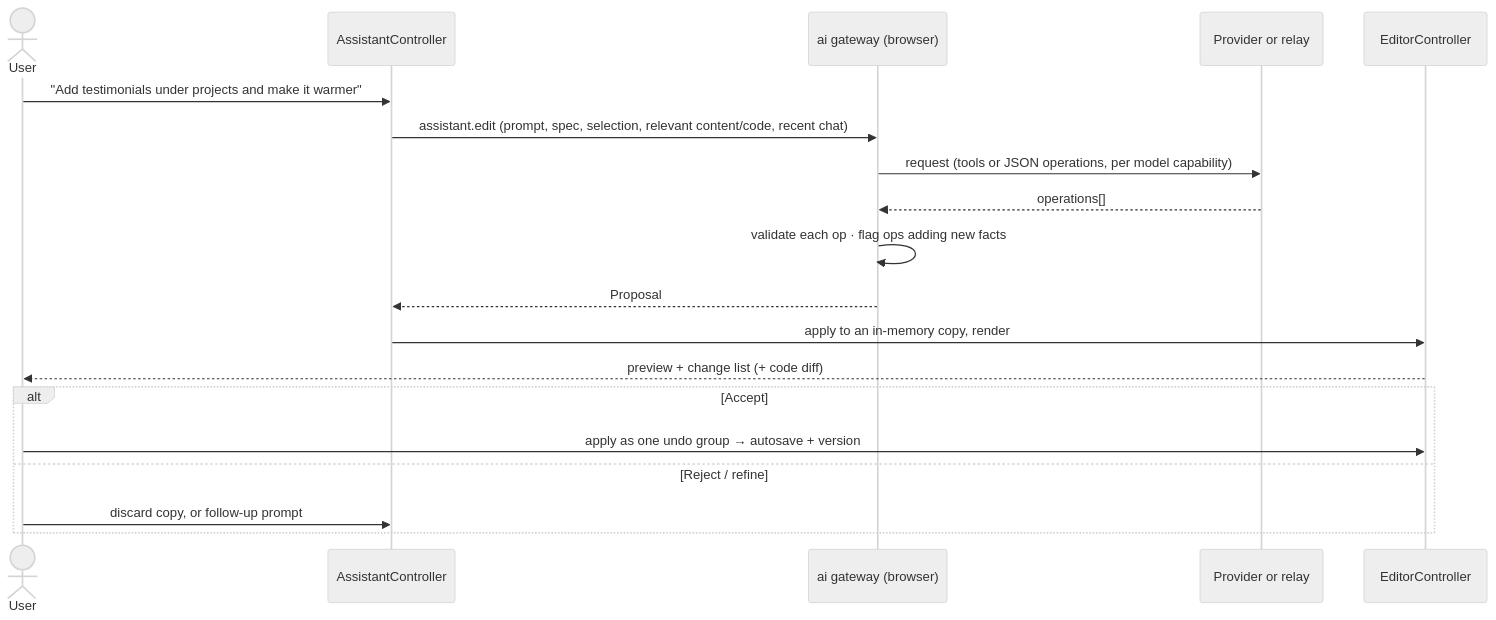
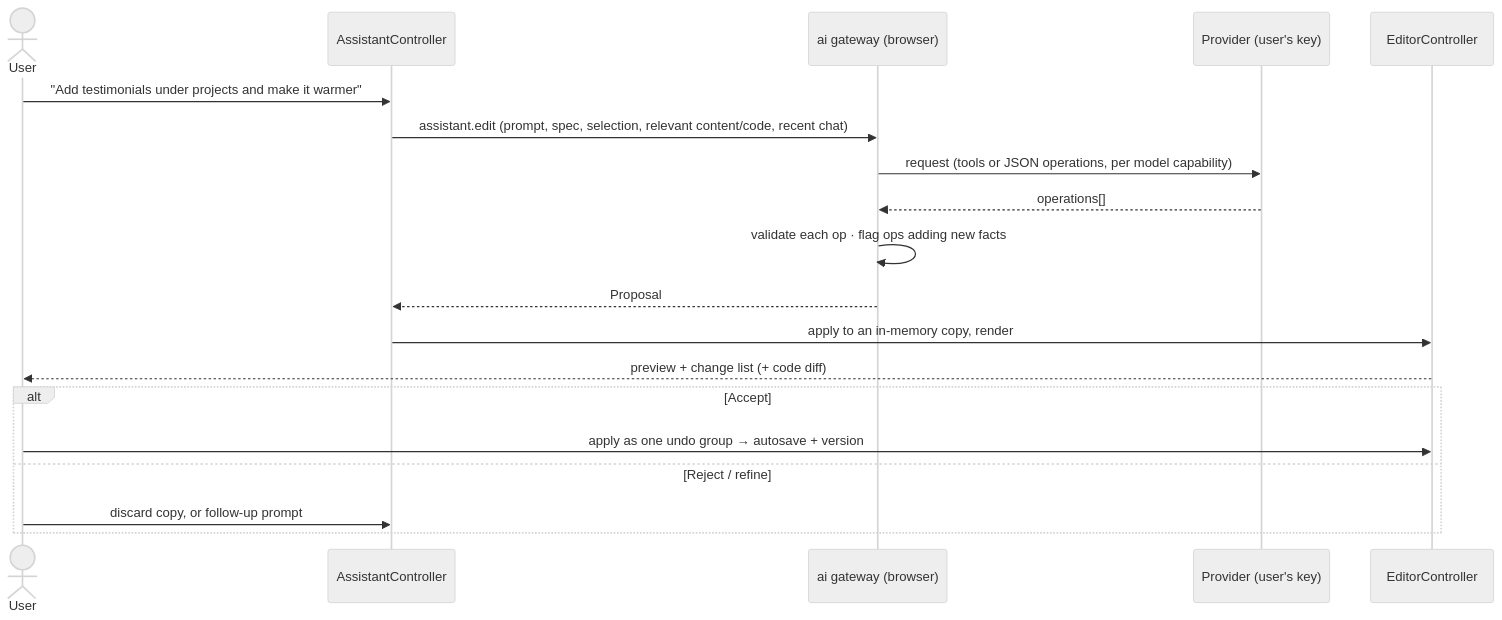
Diagram 12 of 17 in docs/ARCHITECTURE.md (iamsanuponnulli-hue/PORTFOLIO-BUILDER), drawn with Mermaid (neutral theme) before and after one commit. The commit also changed other lines of this file and 38 other files, not shown here.

````diff
--- a/docs/ARCHITECTURE.md
+++ b/docs/ARCHITECTURE.md
@@ -473,21 +460,21 @@
 ```mermaid
 sequenceDiagram
   actor U as User
   participant AS as AssistantController
   participant GW as ai gateway (browser)
-  participant P as Provider or relay
+  participant P as Provider (user's key)
   participant EC as EditorController
   U->>AS: "Add testimonials under projects and make it warmer"
   AS->>GW: assistant.edit (prompt, spec, selection, relevant content/code, recent chat)
   GW->>P: request (tools or JSON operations, per model capability)
   P-->>GW: operations[]
   GW->>GW: validate each op · flag ops adding new facts
   GW-->>AS: Proposal
   AS->>EC: apply to an in-memory copy, render
   EC-->>U: preview + change list (+ code diff)
   alt Accept
     U->>EC: apply as one undo group → autosave + version
   else Reject / refine
     U->>AS: discard copy, or follow-up prompt
   end
 ```
````
